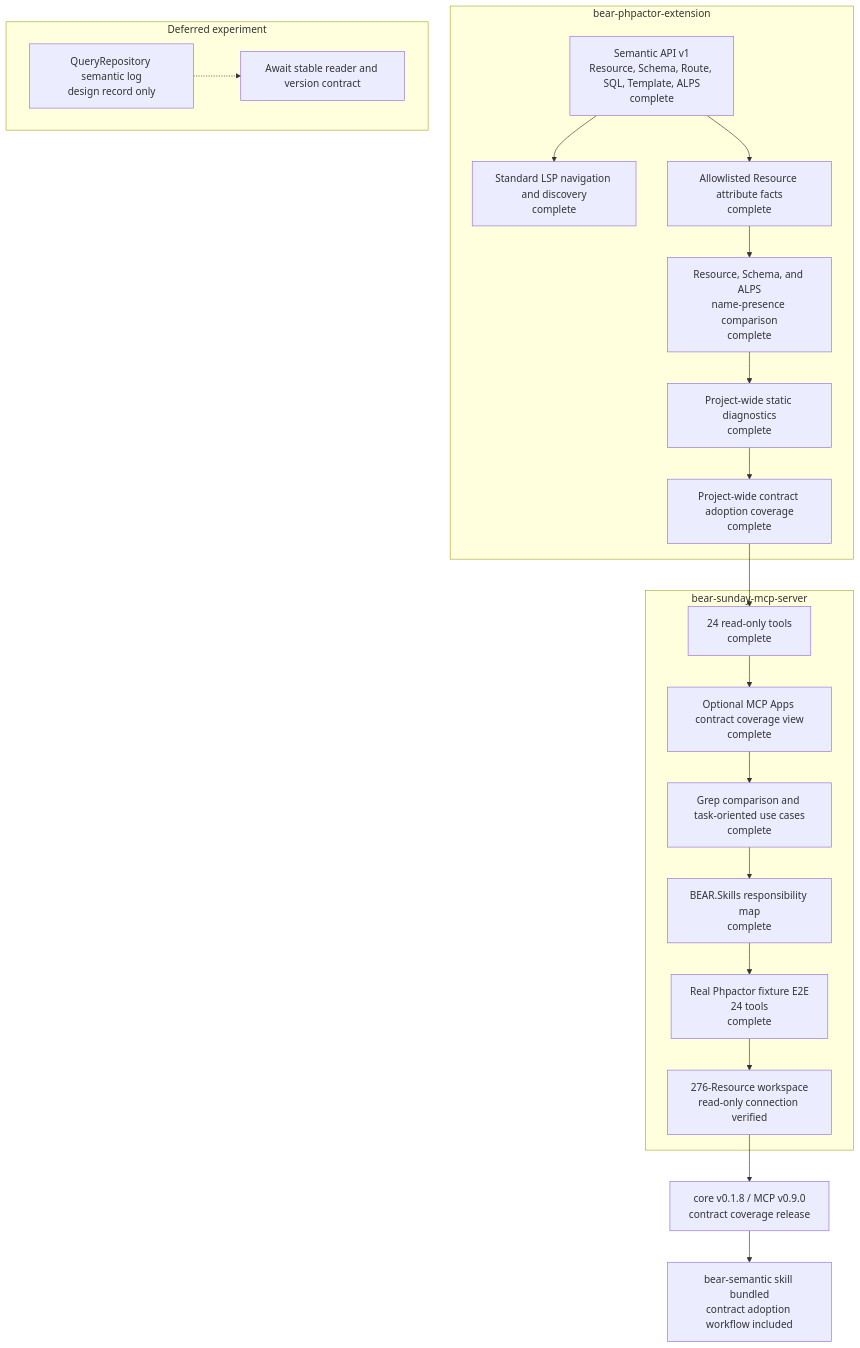
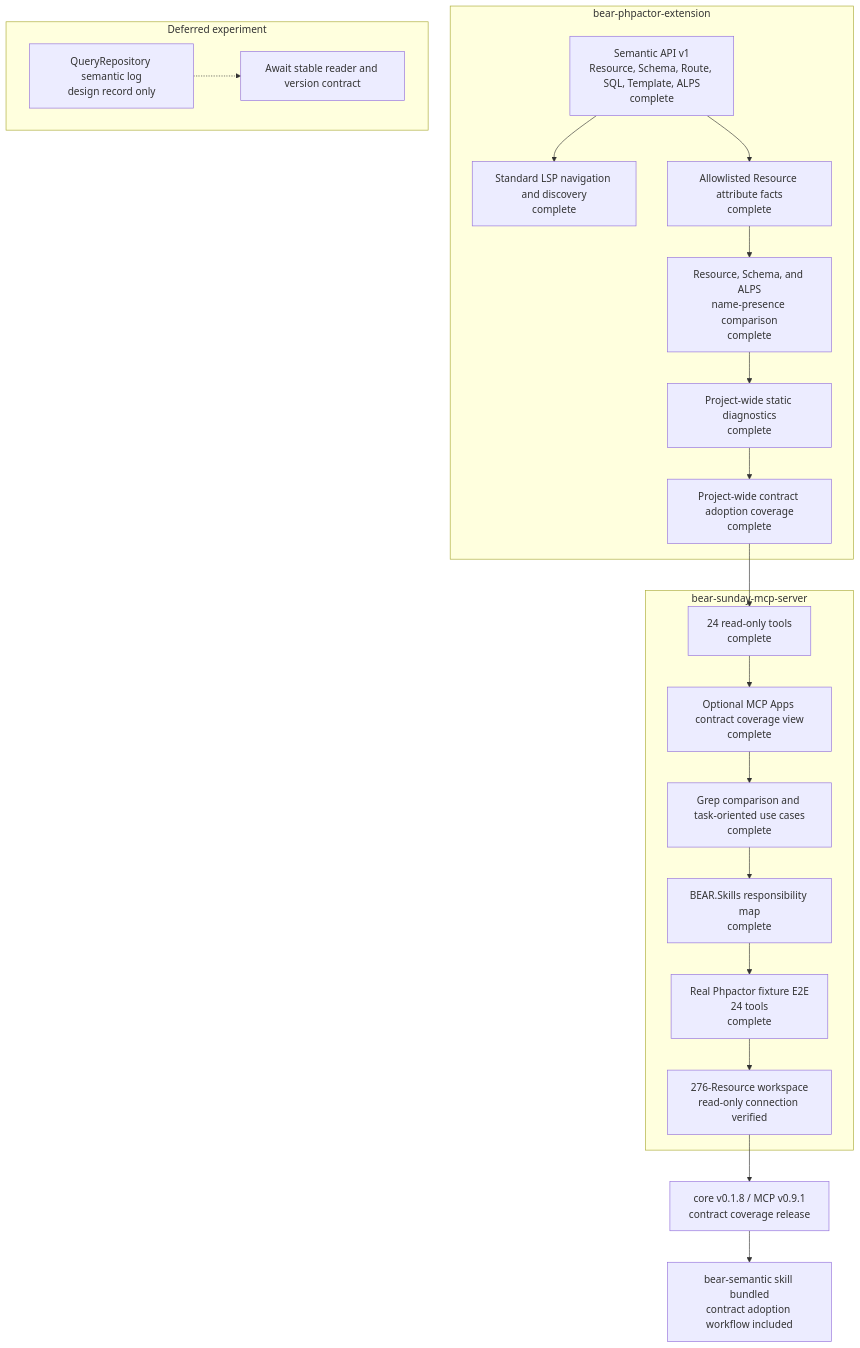
The diagram in docs/project-status.md (suzumaze/bear-sunday-mcp-server), drawn with Mermaid before and after one commit. The commit also changed other lines of this file and 3 other files, not shown here.

````diff
--- a/docs/project-status.md
+++ b/docs/project-status.md
@@ -9,34 +9,34 @@
 ```mermaid
 flowchart TB
     subgraph Core["bear-phpactor-extension"]
         C1["Semantic API v1<br/>Resource, Schema, Route, SQL, Template, ALPS<br/>complete"]
         C2["Standard LSP navigation and discovery<br/>complete"]
         C3["Allowlisted Resource attribute facts<br/>complete"]
         C4["Resource, Schema, and ALPS<br/>name-presence comparison<br/>complete"]
         C5["Project-wide static diagnostics<br/>complete"]
         C6["Project-wide contract adoption coverage<br/>complete"]
         C1 --> C2
         C1 --> C3 --> C4 --> C5 --> C6
     end
 
     subgraph MCP["bear-sunday-mcp-server"]
         M1["24 read-only tools<br/>complete"]
         M0["Optional MCP Apps contract coverage view<br/>complete"]
         M2["Grep comparison and task-oriented use cases<br/>complete"]
         M3["BEAR.Skills responsibility map<br/>complete"]
         M4["Real Phpactor fixture E2E<br/>24 tools<br/>complete"]
         M5["276-Resource workspace<br/>read-only connection verified"]
         M1 --> M0 --> M2 --> M3 --> M4 --> M5
     end
 
     C6 --> M1
 
     subgraph Deferred["Deferred experiment"]
         D1["QueryRepository semantic log<br/>design record only"]
         D2["Await stable reader and version contract"]
         D1 -.-> D2
     end
 
-    M5 --> R1["core v0.1.8 / MCP v0.9.0<br/>contract coverage release"]
+    M5 --> R1["core v0.1.8 / MCP v0.9.1<br/>contract coverage release"]
     R1 --> S1["bear-semantic skill bundled<br/>contract adoption workflow included"]
 ```
````
